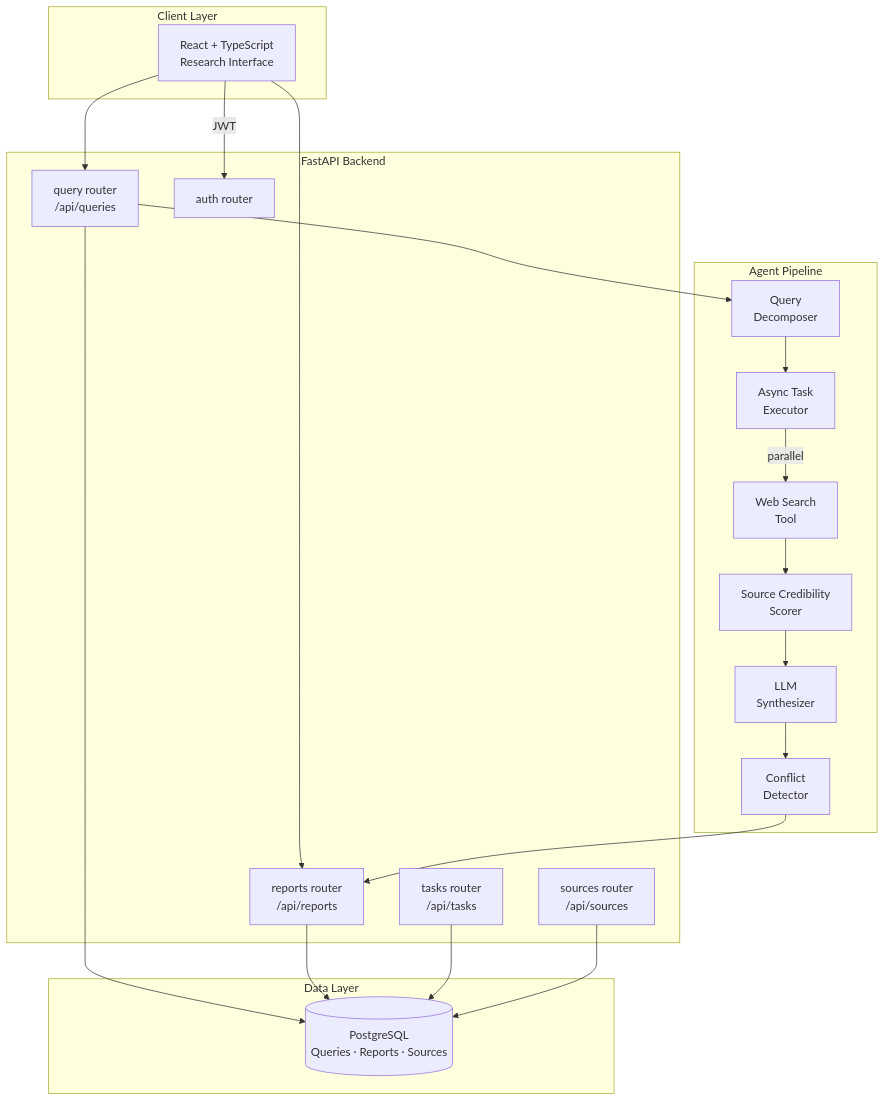
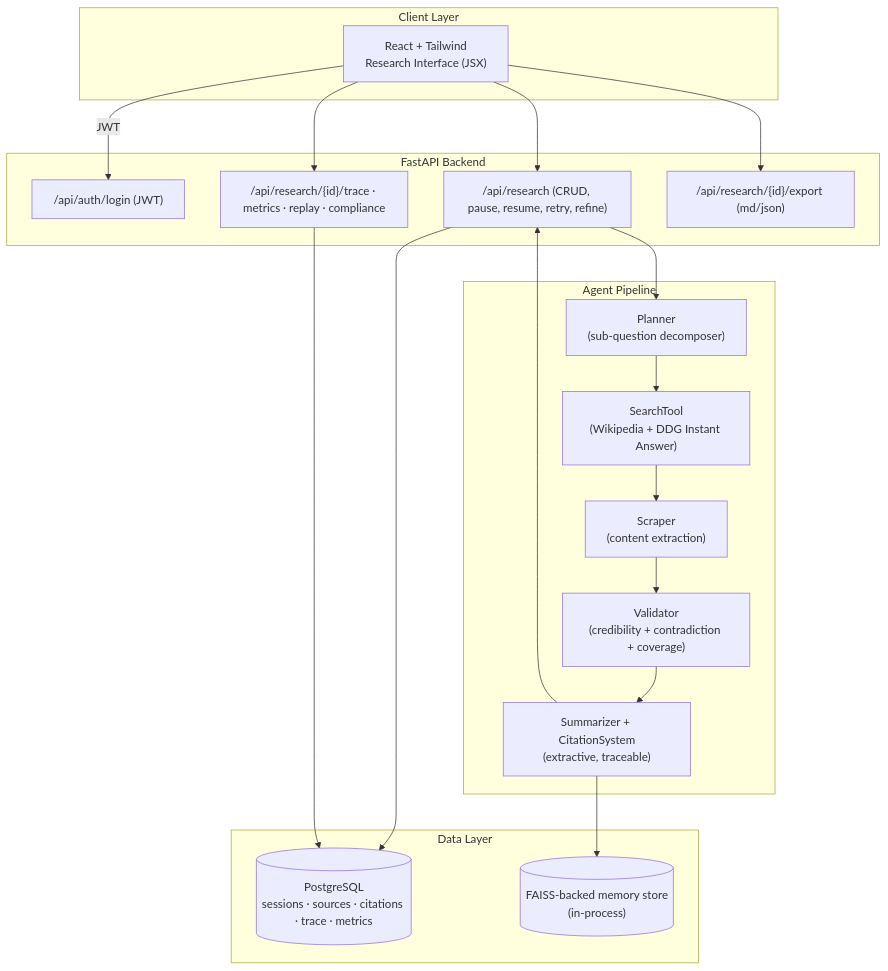
The diagram in README.md (RyanJBush/Autonomous-research-and-intelligence-agent), drawn with Mermaid before and after one commit. The commit also changed other lines of this file and 5 other files, not shown here.

````diff
--- a/README.md
+++ b/README.md
@@ -58,38 +77,34 @@
 ```mermaid
 flowchart TD
     subgraph Client["Client Layer"]
-        UI["React + TypeScript\nResearch Interface"]
+        UI["React + Tailwind\nResearch Interface (JSX)"]
     end
 
     subgraph API["FastAPI Backend"]
-        R_QUERY["query router\n/api/queries"]
-        R_REPORTS["reports router\n/api/reports"]
-        R_TASKS["tasks router\n/api/tasks"]
-        R_SOURCES["sources router\n/api/sources"]
-        R_AUTH["auth router"]
+        R_AUTH["/api/auth/login (JWT)"]
+        R_RESEARCH["/api/research (CRUD, pause, resume, retry, refine)"]
+        R_OBS["/api/research/{id}/trace · metrics · replay · compliance"]
+        R_EXPORT["/api/research/{id}/export (md/json)"]
     end
 
     subgraph Agent["Agent Pipeline"]
-        PLANNER["Query\nDecomposer"]
-        EXECUTOR["Async Task\nExecutor"]
-        SEARCHER["Web Search\nTool"]
-        CREDIBILITY["Source Credibility\nScorer"]
-        SYNTHESIZER["LLM\nSynthesizer"]
-        CONFLICT["Conflict\nDetector"]
+        PLANNER["Planner\n(sub-question decomposer)"]
+        SEARCHER["SearchTool\n(Wikipedia + DDG Instant Answer)"]
+        SCRAPER["Scraper\n(content extraction)"]
+        VALIDATOR["Validator\n(credibility + contradiction + coverage)"]
+        SYNTH["Summarizer + CitationSystem\n(extractive, traceable)"]
     end
 
     subgraph Data["Data Layer"]
-        PG[("PostgreSQL\nQueries · Reports · Sources")]
+        PG[("PostgreSQL\nsessions · sources · citations · trace · metrics")]
+        FAISS[("FAISS-backed memory store\n(in-process)")]
     end
 
-    UI -->|"JWT"| R_AUTH
-    UI --> R_QUERY & R_REPORTS
-    R_QUERY --> PLANNER
-    PLANNER --> EXECUTOR
-    EXECUTOR -->|"parallel"| SEARCHER
-    SEARCHER --> CREDIBILITY
-    CREDIBILITY --> SYNTHESIZER
-    SYNTHESIZER --> CONFLICT
-    CONFLICT --> R_REPORTS
-    R_QUERY & R_REPORTS & R_TASKS & R_SOURCES --> PG
+    UI -->|JWT| R_AUTH
+    UI --> R_RESEARCH & R_OBS & R_EXPORT
+    R_RESEARCH --> PLANNER
+    PLANNER --> SEARCHER --> SCRAPER --> VALIDATOR --> SYNTH
+    SYNTH --> R_RESEARCH
+    R_RESEARCH & R_OBS --> PG
+    SYNTH --> FAISS
 ```
````
